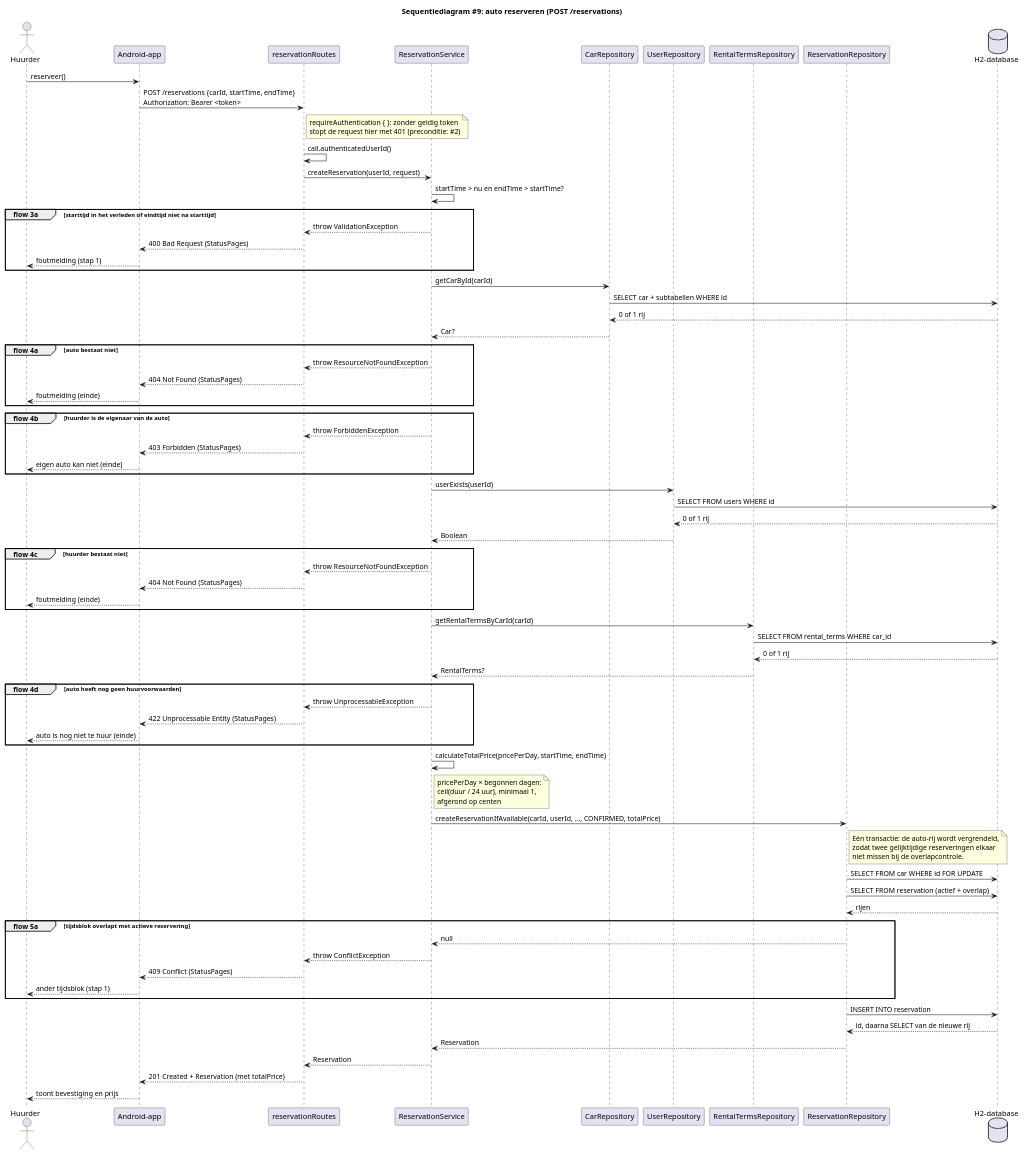
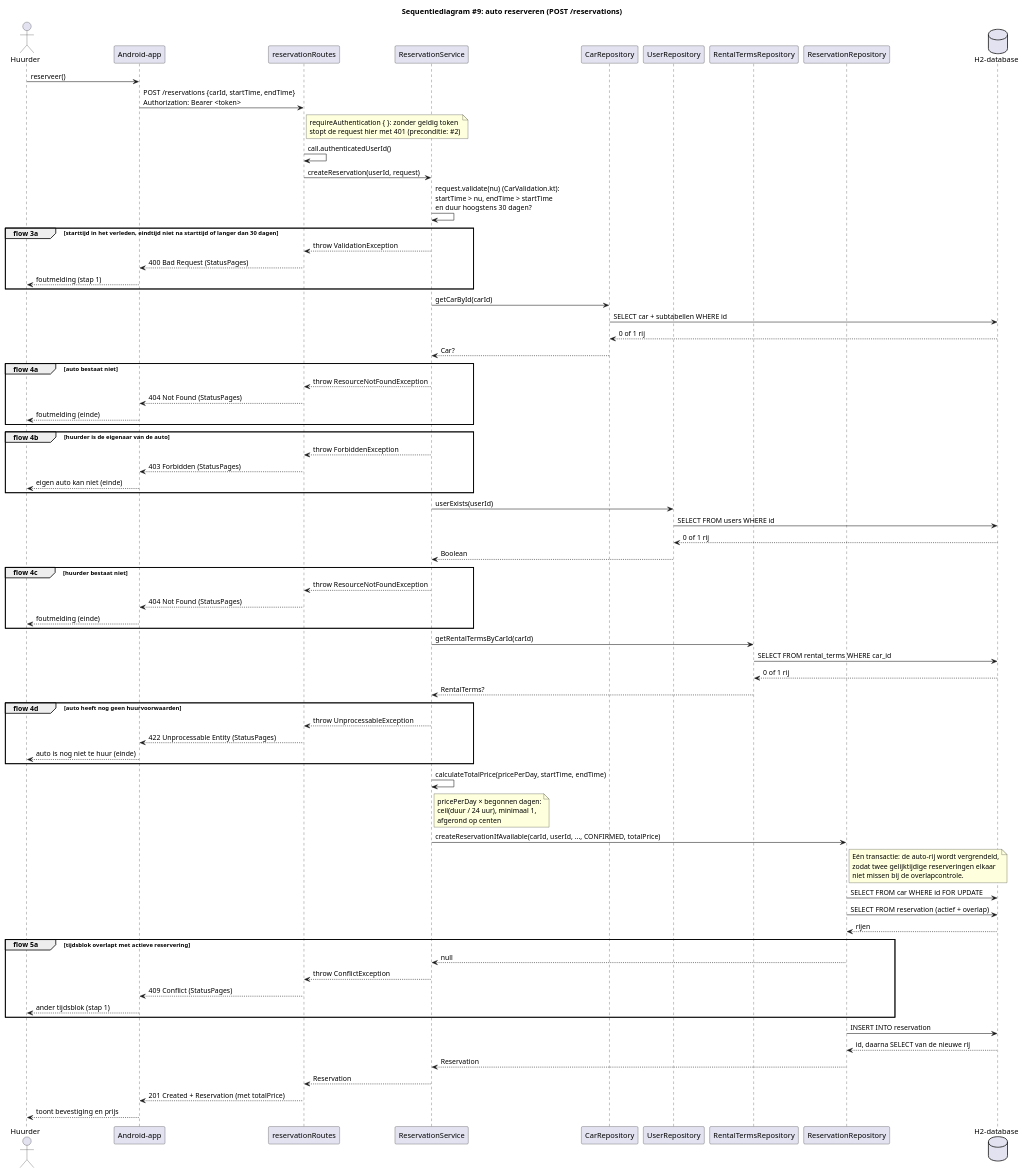
One commit to MarkPrins18/hbo-leerjaar2 changed the diagram in diagrams/sequence/ReserveCar.puml. Above: the diagram before and after it, drawn with PlantUML. The commit also changed 2 other files, not shown here.

Commit message:
fix: reservering duurt maximaal 30 dagen

```diff
--- a/diagrams/sequence/ReserveCar.puml
+++ b/diagrams/sequence/ReserveCar.puml
@@ -1,100 +1,100 @@
 @startuml ReserveCar
 title Sequentiediagram #9: auto reserveren (POST /reservations)
 
 actor Huurder as g
 participant "Android-app" as app
 participant "reservationRoutes" as rt
 participant "ReservationService" as svc
 participant "CarRepository" as car
 participant "UserRepository" as user
 participant "RentalTermsRepository" as terms
 participant "ReservationRepository" as repo
 database "H2-database" as db
 
 g -> app : reserveer()
 app -> rt : POST /reservations {carId, startTime, endTime}\nAuthorization: Bearer <token>
 note right of rt
   requireAuthentication { }: zonder geldig token
   stopt de request hier met 401 (preconditie: #2)
 end note
 rt -> rt : call.authenticatedUserId()
 rt -> svc : createReservation(userId, request)
-svc -> svc : startTime > nu en endTime > startTime?
+svc -> svc : request.validate(nu) (CarValidation.kt):\nstartTime > nu, endTime > startTime\nen duur hoogstens 30 dagen?
 
-group flow 3a [starttijd in het verleden of eindtijd niet na starttijd]
+group flow 3a [starttijd in het verleden, eindtijd niet na starttijd of langer dan 30 dagen]
     svc --> rt : throw ValidationException
     rt --> app : 400 Bad Request (StatusPages)
     app --> g : foutmelding (stap 1)
 end
 
 svc -> car : getCarById(carId)
 car -> db : SELECT car + subtabellen WHERE id
 db --> car : 0 of 1 rij
 car --> svc : Car?
 
 group flow 4a [auto bestaat niet]
     svc --> rt : throw ResourceNotFoundException
     rt --> app : 404 Not Found (StatusPages)
     app --> g : foutmelding (einde)
 end
 
 group flow 4b [huurder is de eigenaar van de auto]
     svc --> rt : throw ForbiddenException
     rt --> app : 403 Forbidden (StatusPages)
     app --> g : eigen auto kan niet (einde)
 end
 
 svc -> user : userExists(userId)
 user -> db : SELECT FROM users WHERE id
 db --> user : 0 of 1 rij
 user --> svc : Boolean
 
 group flow 4c [huurder bestaat niet]
     svc --> rt : throw ResourceNotFoundException
     rt --> app : 404 Not Found (StatusPages)
     app --> g : foutmelding (einde)
 end
 
 svc -> terms : getRentalTermsByCarId(carId)
 terms -> db : SELECT FROM rental_terms WHERE car_id
 db --> terms : 0 of 1 rij
 terms --> svc : RentalTerms?
 
 group flow 4d [auto heeft nog geen huurvoorwaarden]
     svc --> rt : throw UnprocessableException
     rt --> app : 422 Unprocessable Entity (StatusPages)
     app --> g : auto is nog niet te huur (einde)
 end
 
 svc -> svc : calculateTotalPrice(pricePerDay, startTime, endTime)
 note right of svc
   pricePerDay × begonnen dagen:
   ceil(duur / 24 uur), minimaal 1,
   afgerond op centen
 end note
 
 svc -> repo : createReservationIfAvailable(carId, userId, ..., CONFIRMED, totalPrice)
 note right of repo
   Eén transactie: de auto-rij wordt vergrendeld,
   zodat twee gelijktijdige reserveringen elkaar
   niet missen bij de overlapcontrole.
 end note
 repo -> db : SELECT FROM car WHERE id FOR UPDATE
 repo -> db : SELECT FROM reservation (actief + overlap)
 db --> repo : rijen
 
 group flow 5a [tijdsblok overlapt met actieve reservering]
     repo --> svc : null
     svc --> rt : throw ConflictException
     rt --> app : 409 Conflict (StatusPages)
     app --> g : ander tijdsblok (stap 1)
 end
 
 repo -> db : INSERT INTO reservation
 db --> repo : id, daarna SELECT van de nieuwe rij
 repo --> svc : Reservation
 svc --> rt : Reservation
 rt --> app : 201 Created + Reservation (met totalPrice)
 app --> g : toont bevestiging en prijs
 
 @enduml
```
